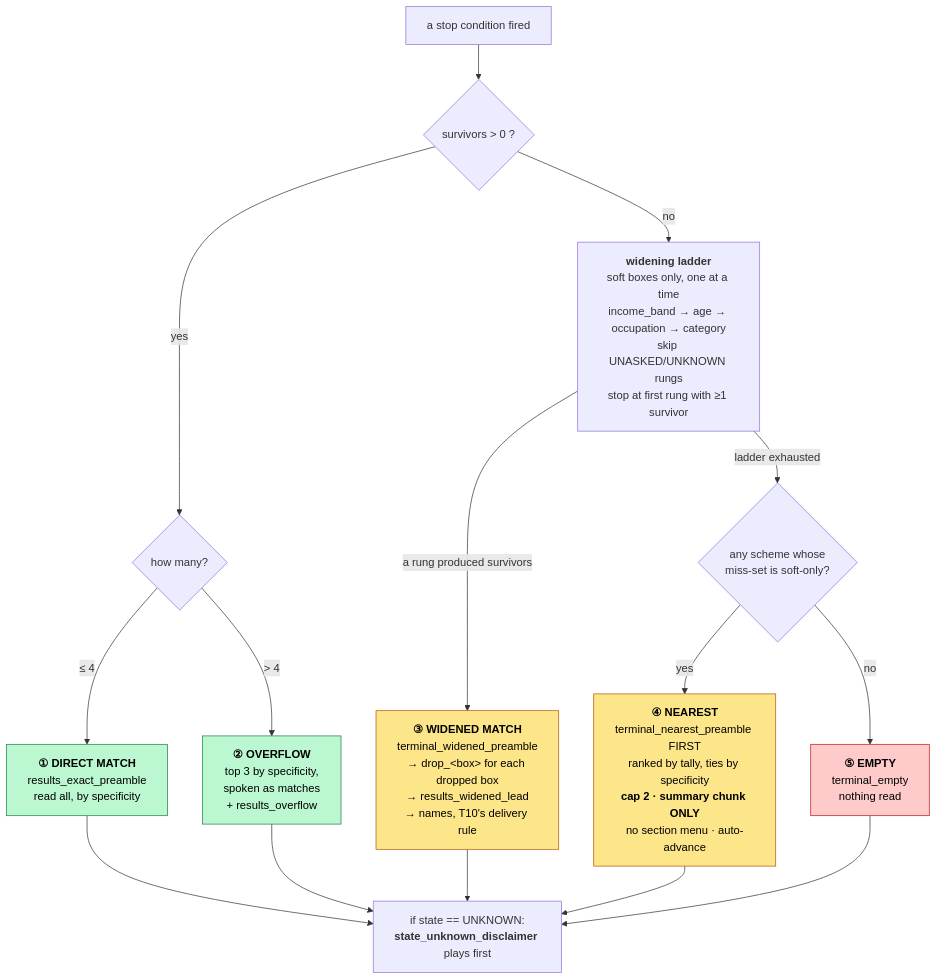
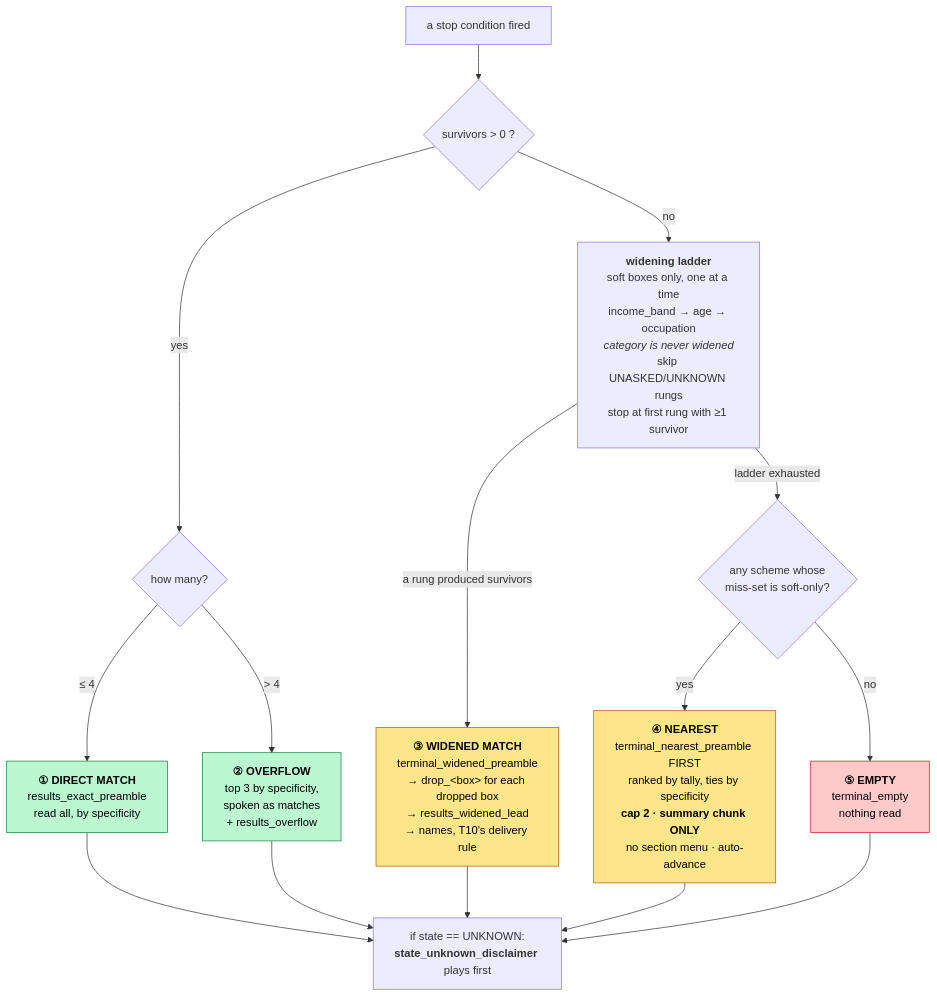
One commit to agarwaladarshcoding-maker/haqdaar-v3 changed the seventh of 12 diagrams in haqdaar-v2-brain/docs/architecture.md. Above: the diagram before and after it, drawn with Mermaid. The commit also changed other lines of this file and 17 other files, not shown here.

````diff
--- a/haqdaar-v2-brain/docs/architecture.md
+++ b/haqdaar-v2-brain/docs/architecture.md
@@ -429,30 +429,30 @@
 ```mermaid
 flowchart TD
     stop["a stop condition fired"] --> z{"survivors > 0 ?"}
 
     z -->|"yes"| direct{"how many?"}
     direct -->|"≤ 4"| exact["<b>① DIRECT MATCH</b><br/>results_exact_preamble<br/>read all, by specificity"]
     direct -->|"> 4"| over["<b>② OVERFLOW</b><br/>top 3 by specificity,<br/>spoken as matches<br/>+ results_overflow"]
 
-    z -->|"no"| ladder["<b>widening ladder</b><br/>soft boxes only, one at a time<br/>income_band → age → occupation → category<br/>skip UNASKED/UNKNOWN rungs<br/>stop at first rung with ≥1 survivor"]
+    z -->|"no"| ladder["<b>widening ladder</b><br/>soft boxes only, one at a time<br/>income_band → age → occupation<br/><i>category is never widened</i><br/>skip UNASKED/UNKNOWN rungs<br/>stop at first rung with ≥1 survivor"]
 
     ladder -->|"a rung produced survivors"| widened["<b>③ WIDENED MATCH</b><br/>terminal_widened_preamble<br/>→ drop_&lt;box&gt; for each dropped box<br/>→ results_widened_lead<br/>→ names, T10's delivery rule"]
     ladder -->|"ladder exhausted"| nearcheck{"any scheme whose<br/>miss-set is soft-only?"}
 
     nearcheck -->|"yes"| near["<b>④ NEAREST</b><br/>terminal_nearest_preamble FIRST<br/>ranked by tally, ties by specificity<br/><b>cap 2 · summary chunk ONLY</b><br/>no section menu · auto-advance"]
     nearcheck -->|"no"| empty["<b>⑤ EMPTY</b><br/>terminal_empty<br/>nothing read"]
 
     exact --> disc
     over --> disc
     widened --> disc
     near --> disc
     empty --> disc
     disc["if state == UNKNOWN:<br/><b>state_unknown_disclaimer</b> plays first"]
 
     classDef good fill:#bbf7d0,stroke:#15803d,color:#000
     classDef warn fill:#fde68a,stroke:#b45309,color:#000
     classDef bad fill:#fecaca,stroke:#b91c1c,color:#000
     class exact,over good
     class widened,near warn
     class empty bad
 ```
````
